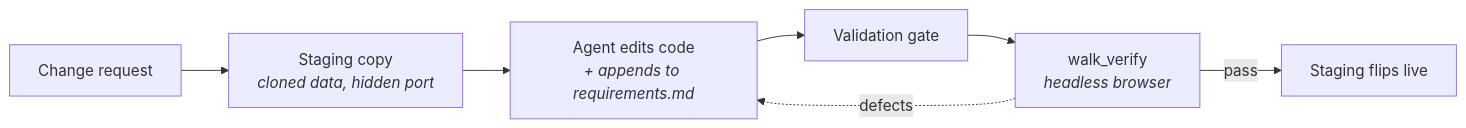
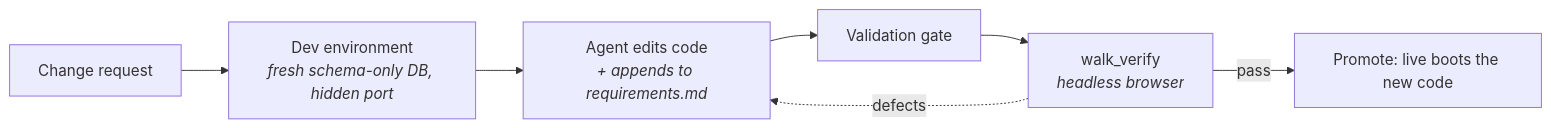
Before and after one commit to CraftOS-dev/CraftBot: the diagram in mkdocs/docs/living-ui/managing.md, drawn with Mermaid. The commit also changed other lines of this file and 24 other files, not shown here.

Commit message:
fix: unify Living UI dev/live lifecycle to stop live pb_data wipes

````diff
--- a/mkdocs/docs/living-ui/managing.md
+++ b/mkdocs/docs/living-ui/managing.md
@@ -46,8 +46,8 @@
 ```mermaid
 flowchart LR
-    REQ["Change request"] --> STG["Staging copy<br/><i>cloned data, hidden port</i>"]
+    REQ["Change request"] --> STG["Dev environment<br/><i>fresh schema-only DB, hidden port</i>"]
     STG --> CODE["Agent edits code<br/><i>+ appends to requirements.md</i>"]
     CODE --> GATE["Validation gate"] --> WV["walk_verify<br/><i>headless browser</i>"]
-    WV -->|pass| FLIP["Staging flips live"]
+    WV -->|pass| FLIP["Promote: live boots the new code"]
     WV -.->|defects| CODE
 ```
````
